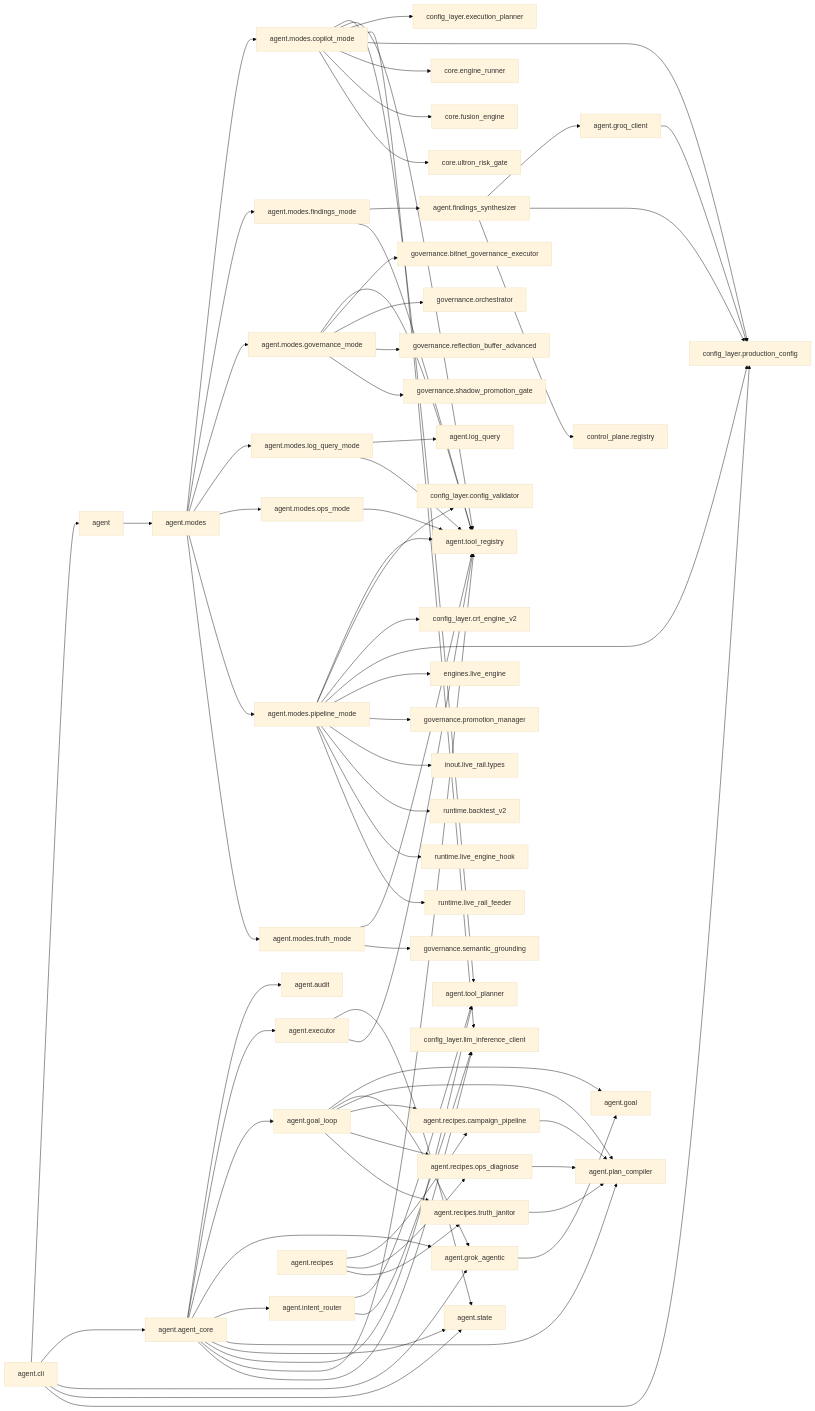
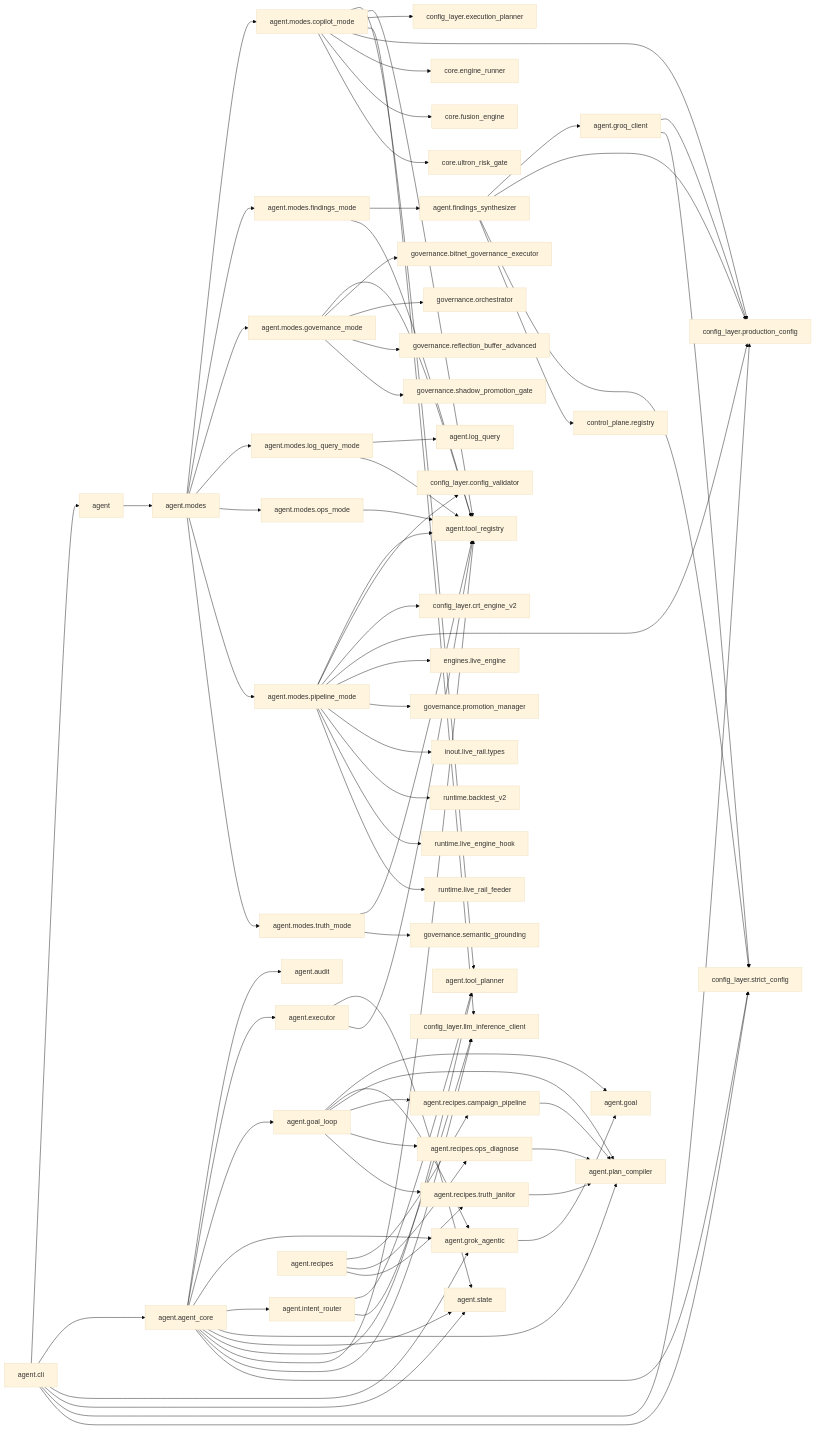
Before and after one commit to Chaithu1995-0312/TradeHlt: the second of 41 diagrams in docs/architecture/code-map.generated.md, drawn with Mermaid (base theme). The commit also changed other lines of this file and 6 other files, not shown here.

```diff
--- a/docs/architecture/code-map.generated.md
+++ b/docs/architecture/code-map.generated.md
@@ -239,6 +249,7 @@
     config_layer_execution_planner["config_layer.execution_planner"]
     config_layer_llm_inference_client["config_layer.llm_inference_client"]
     config_layer_production_config["config_layer.production_config"]
+    config_layer_strict_config["config_layer.strict_config"]
     control_plane_registry["control_plane.registry"]
     core_engine_runner["core.engine_runner"]
     core_fusion_engine["core.fusion_engine"]
@@ -265,15 +276,18 @@
     agent_agent_core --> agent_tool_planner
     agent_agent_core --> agent_tool_registry
     agent_agent_core --> config_layer_llm_inference_client
+    agent_agent_core --> config_layer_strict_config
     agent_cli --> agent
     agent_cli --> agent_agent_core
     agent_cli --> agent_grok_agentic
     agent_cli --> agent_state
     agent_cli --> config_layer_production_config
+    agent_cli --> config_layer_strict_config
     agent_executor --> agent_state
     agent_executor --> agent_tool_registry
     agent_findings_synthesizer --> agent_groq_client
     agent_findings_synthesizer --> config_layer_production_config
+    agent_findings_synthesizer --> config_layer_strict_config
     agent_findings_synthesizer --> control_plane_registry
     agent_goal_loop --> agent_goal
     agent_goal_loop --> agent_grok_agentic
@@ -283,6 +297,7 @@
     agent_goal_loop --> agent_recipes_truth_janitor
     agent_grok_agentic --> agent_goal
     agent_groq_client --> config_layer_production_config
+    agent_groq_client --> config_layer_strict_config
     agent_intent_router --> agent_tool_planner
     agent_intent_router --> config_layer_llm_inference_client
     agent_modes --> agent_modes_copilot_mode
```
